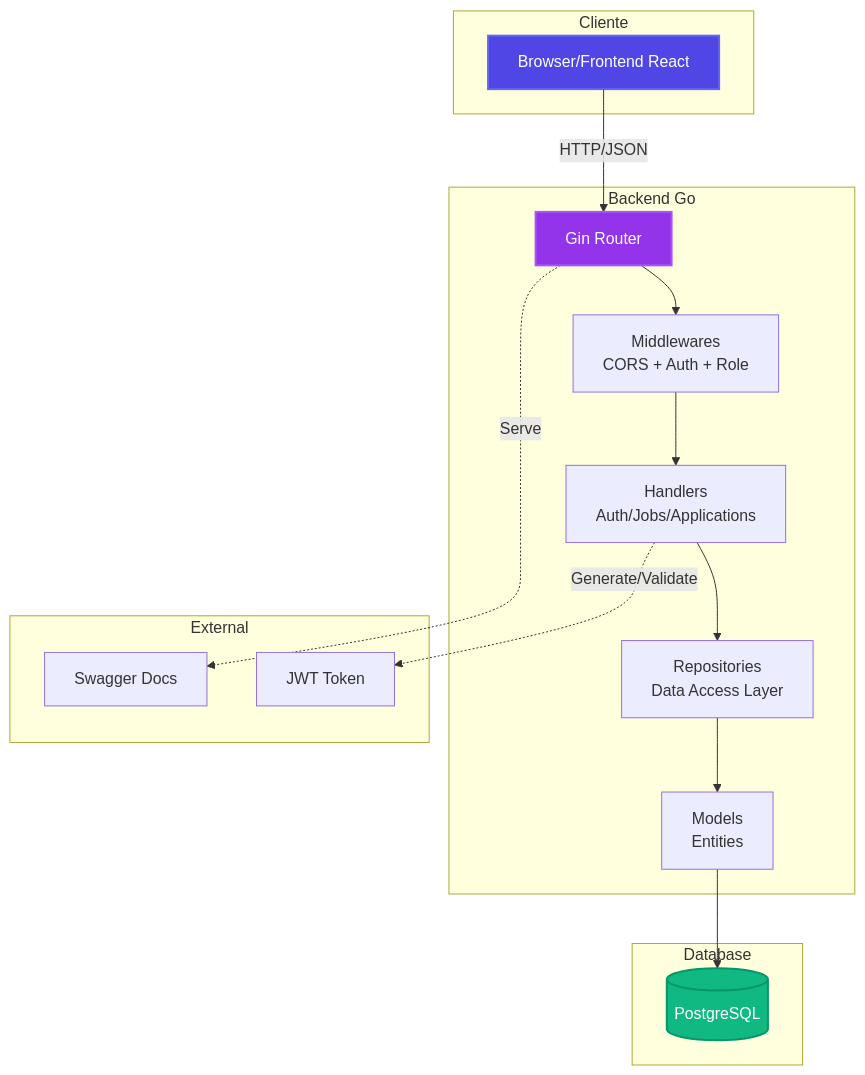
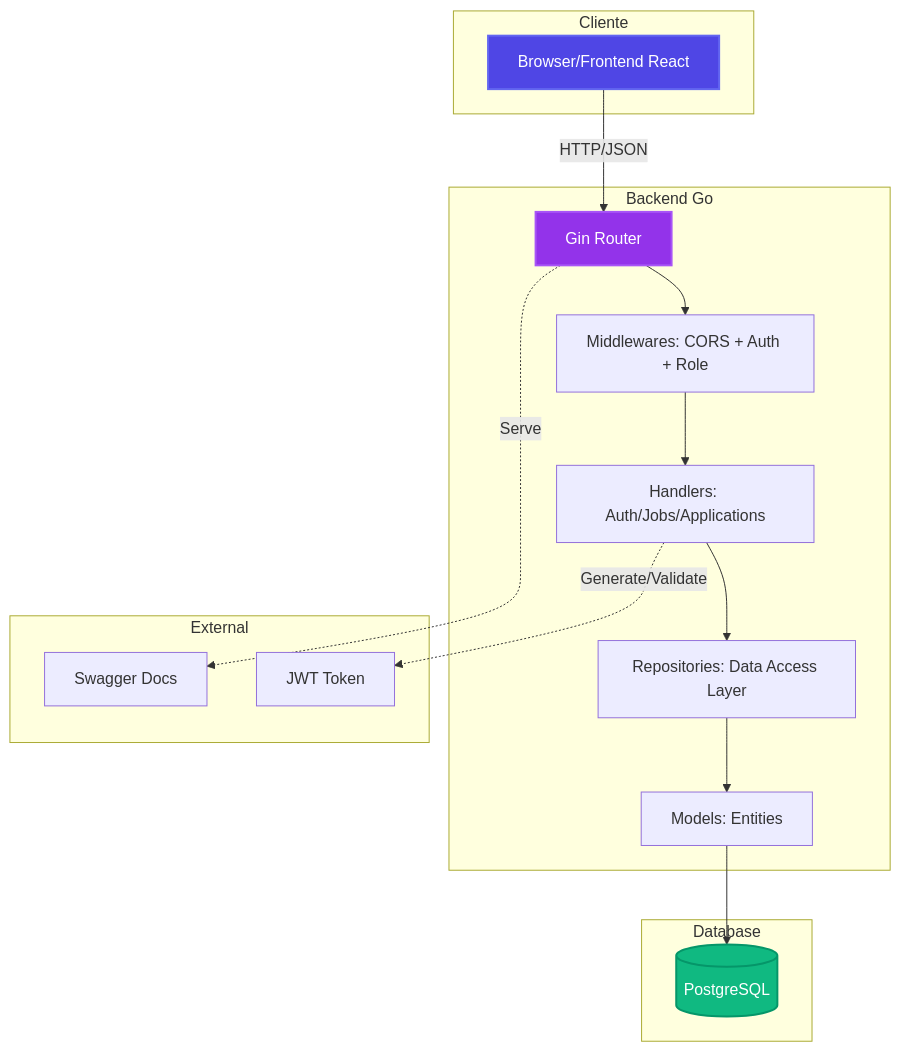
One commit to lEduFranco/test-prog changed the first of 8 diagrams in README.md. Above: the diagram before and after it, drawn with Mermaid. The commit also changed other lines of this file, not shown here.

Commit message:
fix: graph mermaid

````diff
--- a/README.md
+++ b/README.md
@@ -109,36 +109,36 @@
 ```mermaid
 graph TB
     subgraph "Cliente"
         A[Browser/Frontend React]
     end
     
     subgraph "Backend Go"
         B[Gin Router]
-        C[Middlewares<br/>CORS + Auth + Role]
-        D[Handlers<br/>Auth/Jobs/Applications]
-        E[Repositories<br/>Data Access Layer]
-        F[Models<br/>Entities]
+        C[Middlewares: CORS + Auth + Role]
+        D[Handlers: Auth/Jobs/Applications]
+        E[Repositories: Data Access Layer]
+        F[Models: Entities]
     end
     
     subgraph "Database"
         G[(PostgreSQL)]
     end
     
     subgraph "External"
         H[JWT Token]
         I[Swagger Docs]
     end
     
     A -->|HTTP/JSON| B
     B --> C
     C --> D
     D --> E
     E --> F
     F --> G
     D -.->|Generate/Validate| H
     B -.->|Serve| I
     
     style A fill:#4f46e5,stroke:#6366f1,stroke-width:2px,color:#fff
     style B fill:#9333ea,stroke:#a855f7,stroke-width:2px,color:#fff
     style G fill:#10b981,stroke:#059669,stroke-width:2px,color:#fff
 ```
````
